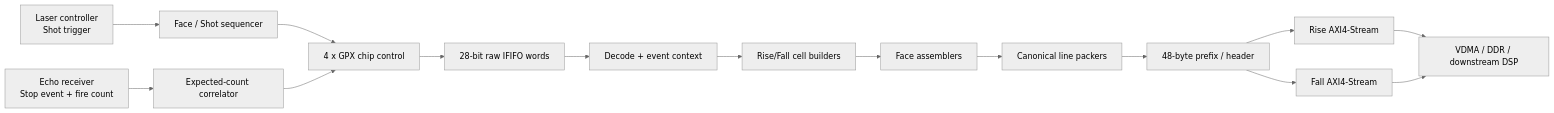
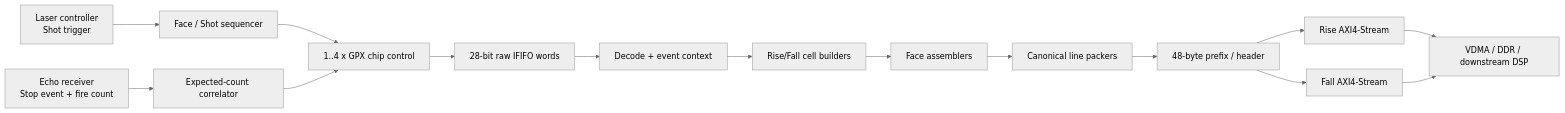
Before and after one commit to haneulia/tdc_gpx_ctrl: the first of 15 diagrams in Doc/tdc_gpx_top_신호처리_상세_사용_설명서.md, drawn with Mermaid (neutral theme). The commit also changed other lines of this file and 2 other files, not shown here.

````diff
--- a/Doc/tdc_gpx_top_신호처리_상세_사용_설명서.md
+++ b/Doc/tdc_gpx_top_신호처리_상세_사용_설명서.md
@@ -36,17 +36,17 @@
 ```mermaid
 flowchart LR
     L["Laser controller\nShot trigger"] --> FS["Face / Shot sequencer"]
     ER["Echo receiver\nStop event + fire count"] --> EC["Expected-count correlator"]
-    FS --> CC["4 x GPX chip control"]
+    FS --> CC["1..4 x GPX chip control"]
     EC --> CC
     CC --> RB["28-bit raw IFIFO words"]
     RB --> DP["Decode + event context"]
     DP --> CB["Rise/Fall cell builders"]
     CB --> FA["Face assemblers"]
     FA --> LP["Canonical line packers"]
     LP --> HI["48-byte prefix / header"]
     HI --> R["Rise AXI4-Stream"]
     HI --> F["Fall AXI4-Stream"]
     R --> V["VDMA / DDR / downstream DSP"]
     F --> V
 ```
````
